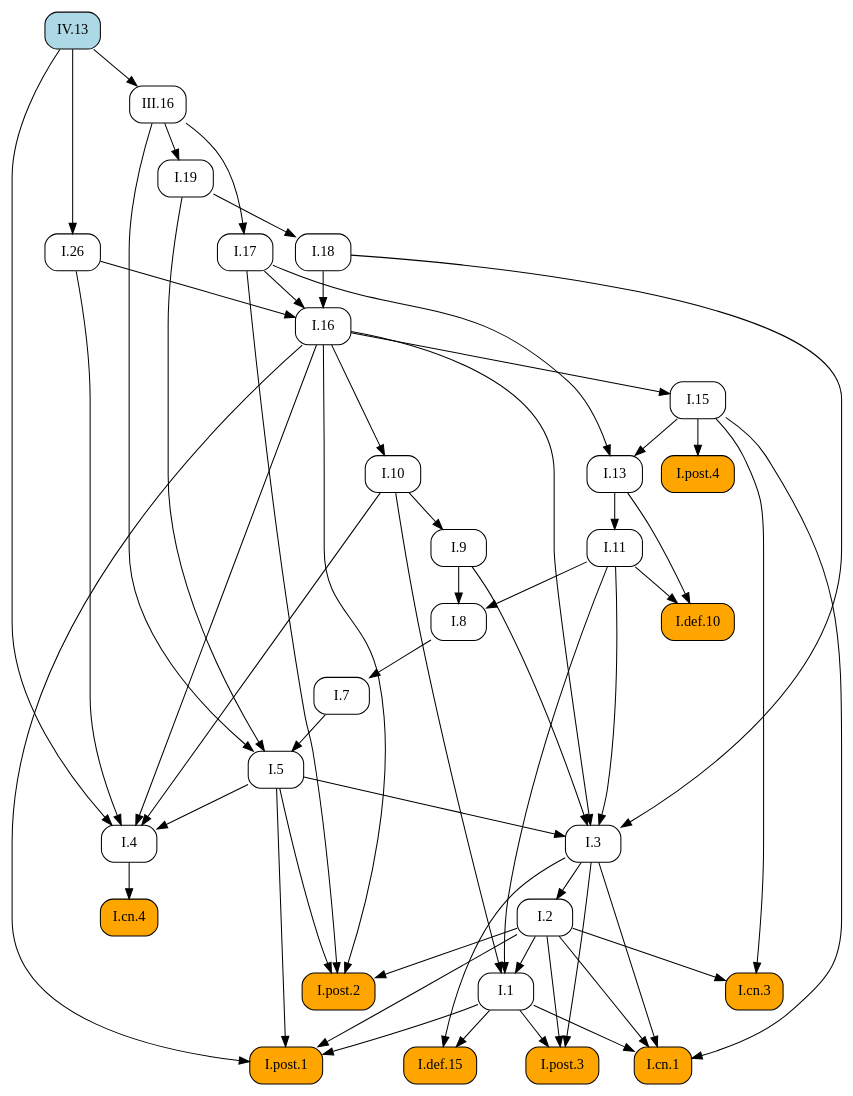
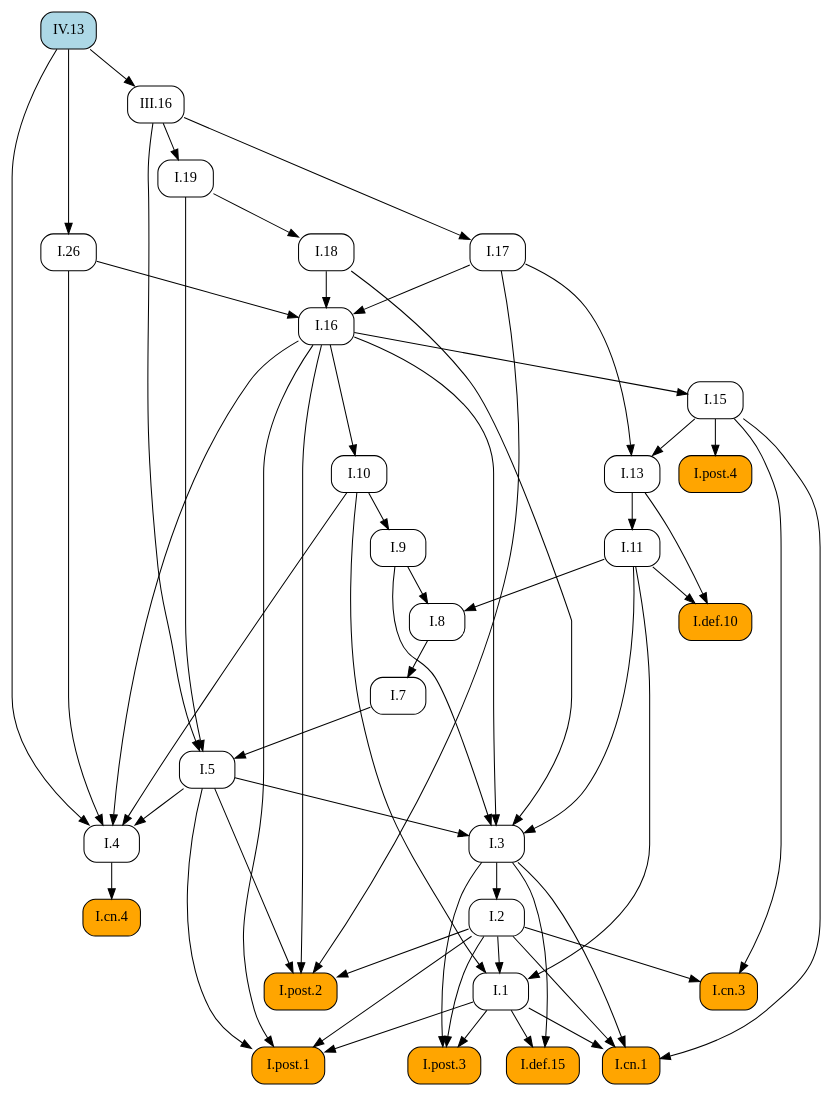
Before and after one commit to geometor/elements: the diagram in docsrc/elements2/IV/13/index.rst, drawn with Graphviz. The commit also changed other lines of this file and 171 other files, not shown here.

```diff
--- a/docsrc/elements2/IV/13/index.rst
+++ b/docsrc/elements2/IV/13/index.rst
@@ -78,89 +78,89 @@
    digraph {
      rankdir="TB";
      node [shape=box, style=rounded];
+     "I.8" [URL="/elements2/I/8/", target="_top"];
+     "I.post.3" [style="rounded,filled", fillcolor=orange, URL="/elements2/I/post.3/", target="_top"];
+     "I.19" [URL="/elements2/I/19/", target="_top"];
+     "I.1" [URL="/elements2/I/1/", target="_top"];
+     "I.cn.4" [style="rounded,filled", fillcolor=orange, URL="/elements2/I/cn.4/", target="_top"];
+     "I.cn.3" [style="rounded,filled", fillcolor=orange, URL="/elements2/I/cn.3/", target="_top"];
+     "I.7" [URL="/elements2/I/7/", target="_top"];
+     "I.17" [URL="/elements2/I/17/", target="_top"];
+     "I.post.1" [style="rounded,filled", fillcolor=orange, URL="/elements2/I/post.1/", target="_top"];
+     "I.9" [URL="/elements2/I/9/", target="_top"];
+     "I.5" [URL="/elements2/I/5/", target="_top"];
+     "I.cn.1" [style="rounded,filled", fillcolor=orange, URL="/elements2/I/cn.1/", target="_top"];
      "I.16" [URL="/elements2/I/16/", target="_top"];
      "I.def.10" [style="rounded,filled", fillcolor=orange, URL="/elements2/I/def.10/", target="_top"];
+     "I.18" [URL="/elements2/I/18/", target="_top"];
+     "I.13" [URL="/elements2/I/13/", target="_top"];
+     "I.post.4" [style="rounded,filled", fillcolor=orange, URL="/elements2/I/post.4/", target="_top"];
+     "I.2" [URL="/elements2/I/2/", target="_top"];
+     "I.def.15" [style="rounded,filled", fillcolor=orange, URL="/elements2/I/def.15/", target="_top"];
+     "I.4" [URL="/elements2/I/4/", target="_top"];
+     "IV.13" [style="rounded,filled", fillcolor=lightblue, URL="/elements2/IV/13/", target="_top"];
+     "I.11" [URL="/elements2/I/11/", target="_top"];
+     "I.10" [URL="/elements2/I/10/", target="_top"];
      "III.16" [URL="/elements2/III/16/", target="_top"];
-     "I.18" [URL="/elements2/I/18/", target="_top"];
-     "I.9" [URL="/elements2/I/9/", target="_top"];
-     "I.2" [URL="/elements2/I/2/", target="_top"];
-     "I.8" [URL="/elements2/I/8/", target="_top"];
      "I.15" [URL="/elements2/I/15/", target="_top"];
+     "I.3" [URL="/elements2/I/3/", target="_top"];
+     "I.post.2" [style="rounded,filled", fillcolor=orange, URL="/elements2/I/post.2/", target="_top"];
      "I.26" [URL="/elements2/I/26/", target="_top"];
-     "I.cn.4" [style="rounded,filled", fillcolor=orange, URL="/elements2/I/cn.4/", target="_top"];
-     "I.def.15" [style="rounded,filled", fillcolor=orange, URL="/elements2/I/def.15/", target="_top"];
-     "I.post.3" [style="rounded,filled", fillcolor=orange, URL="/elements2/I/post.3/", target="_top"];
-     "I.1" [URL="/elements2/I/1/", target="_top"];
-     "IV.13" [style="rounded,filled", fillcolor=lightblue, URL="/elements2/IV/13/", target="_top"];
-     "I.post.2" [style="rounded,filled", fillcolor=orange, URL="/elements2/I/post.2/", target="_top"];
-     "I.13" [URL="/elements2/I/13/", target="_top"];
-     "I.10" [URL="/elements2/I/10/", target="_top"];
-     "I.post.1" [style="rounded,filled", fillcolor=orange, URL="/elements2/I/post.1/", target="_top"];
-     "I.7" [URL="/elements2/I/7/", target="_top"];
-     "I.post.4" [style="rounded,filled", fillcolor=orange, URL="/elements2/I/post.4/", target="_top"];
-     "I.cn.1" [style="rounded,filled", fillcolor=orange, URL="/elements2/I/cn.1/", target="_top"];
-     "I.3" [URL="/elements2/I/3/", target="_top"];
-     "I.cn.3" [style="rounded,filled", fillcolor=orange, URL="/elements2/I/cn.3/", target="_top"];
-     "I.11" [URL="/elements2/I/11/", target="_top"];
-     "I.17" [URL="/elements2/I/17/", target="_top"];
-     "I.19" [URL="/elements2/I/19/", target="_top"];
-     "I.5" [URL="/elements2/I/5/", target="_top"];
-     "I.4" [URL="/elements2/I/4/", target="_top"];
+     "I.9" -> "I.8";
+     "I.11" -> "I.8";
+     "I.1" -> "I.post.3";
+     "I.2" -> "I.post.3";
+     "I.3" -> "I.post.3";
+     "III.16" -> "I.19";
+     "I.2" -> "I.1";
+     "I.10" -> "I.1";
+     "I.11" -> "I.1";
+     "I.4" -> "I.cn.4";
+     "I.2" -> "I.cn.3";
+     "I.15" -> "I.cn.3";
+     "I.8" -> "I.7";
+     "III.16" -> "I.17";
+     "I.1" -> "I.post.1";
+     "I.2" -> "I.post.1";
+     "I.5" -> "I.post.1";
+     "I.16" -> "I.post.1";
+     "I.10" -> "I.9";
+     "I.7" -> "I.5";
+     "I.19" -> "I.5";
+     "III.16" -> "I.5";
+     "I.1" -> "I.cn.1";
+     "I.2" -> "I.cn.1";
+     "I.3" -> "I.cn.1";
+     "I.15" -> "I.cn.1";
      "I.17" -> "I.16";
      "I.18" -> "I.16";
      "I.26" -> "I.16";
      "I.11" -> "I.def.10";
      "I.13" -> "I.def.10";
-     "IV.13" -> "III.16";
      "I.19" -> "I.18";
-     "I.10" -> "I.9";
+     "I.15" -> "I.13";
+     "I.17" -> "I.13";
+     "I.15" -> "I.post.4";
      "I.3" -> "I.2";
-     "I.9" -> "I.8";
-     "I.11" -> "I.8";
-     "I.16" -> "I.15";
-     "IV.13" -> "I.26";
-     "I.4" -> "I.cn.4";
      "I.1" -> "I.def.15";
      "I.3" -> "I.def.15";
-     "I.1" -> "I.post.3";
-     "I.2" -> "I.post.3";
-     "I.3" -> "I.post.3";
-     "I.2" -> "I.1";
-     "I.10" -> "I.1";
-     "I.11" -> "I.1";
-     "I.2" -> "I.post.2";
-     "I.5" -> "I.post.2";
-     "I.16" -> "I.post.2";
-     "I.17" -> "I.post.2";
-     "I.15" -> "I.13";
-     "I.17" -> "I.13";
+     "I.5" -> "I.4";
+     "I.10" -> "I.4";
+     "I.16" -> "I.4";
+     "I.26" -> "I.4";
+     "IV.13" -> "I.4";
+     "I.13" -> "I.11";
      "I.16" -> "I.10";
-     "I.1" -> "I.post.1";
-     "I.2" -> "I.post.1";
-     "I.5" -> "I.post.1";
-     "I.16" -> "I.post.1";
-     "I.8" -> "I.7";
-     "I.15" -> "I.post.4";
-     "I.1" -> "I.cn.1";
-     "I.2" -> "I.cn.1";
-     "I.3" -> "I.cn.1";
-     "I.15" -> "I.cn.1";
+     "IV.13" -> "III.16";
+     "I.16" -> "I.15";
      "I.5" -> "I.3";
      "I.9" -> "I.3";
      "I.11" -> "I.3";
      "I.16" -> "I.3";
      "I.18" -> "I.3";
-     "I.2" -> "I.cn.3";
-     "I.15" -> "I.cn.3";
-     "I.13" -> "I.11";
-     "III.16" -> "I.17";
-     "III.16" -> "I.19";
-     "I.7" -> "I.5";
-     "I.19" -> "I.5";
-     "III.16" -> "I.5";
-     "I.5" -> "I.4";
-     "I.10" -> "I.4";
-     "I.16" -> "I.4";
-     "I.26" -> "I.4";
-     "IV.13" -> "I.4";
+     "I.2" -> "I.post.2";
+     "I.5" -> "I.post.2";
+     "I.16" -> "I.post.2";
+     "I.17" -> "I.post.2";
+     "IV.13" -> "I.26";
    }
```
